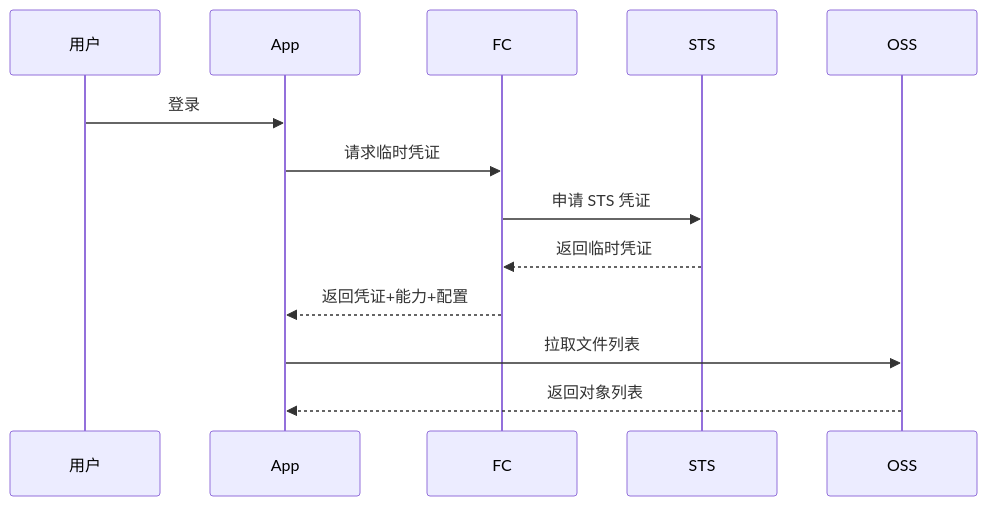
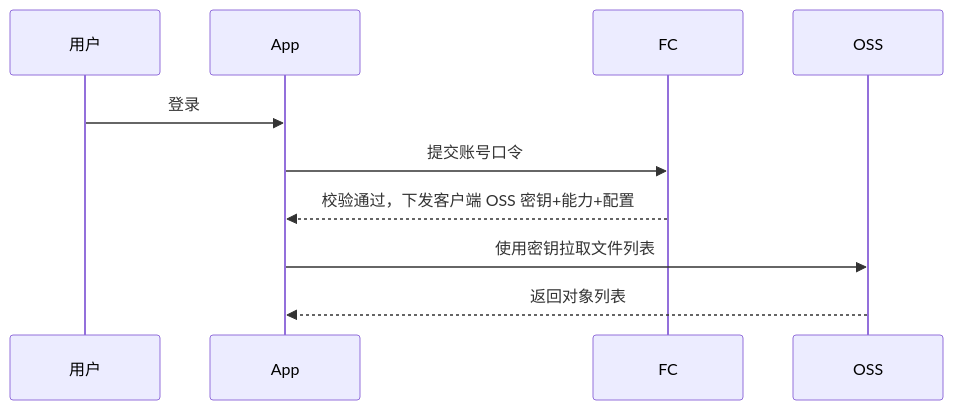
Before and after one commit to littlefisher666/private-domain-drive: the second of 2 diagrams in docs/技术文档.md, drawn with Mermaid. The commit also changed other lines of this file and 26 other files, not shown here.

````diff
--- a/docs/技术文档.md
+++ b/docs/技术文档.md
@@ -292,16 +295,13 @@
 ```mermaid
 sequenceDiagram
     participant U as 用户
     participant A as App
     participant F as FC
-    participant S as STS
     participant O as OSS
 
     U->>A: 登录
-    A->>F: 请求临时凭证
-    F->>S: 申请 STS 凭证
-    S-->>F: 返回临时凭证
-    F-->>A: 返回凭证+能力+配置
-    A->>O: 拉取文件列表
+    A->>F: 提交账号口令
+    F-->>A: 校验通过，下发客户端 OSS 密钥+能力+配置
+    A->>O: 使用密钥拉取文件列表
     O-->>A: 返回对象列表
 ```
````
